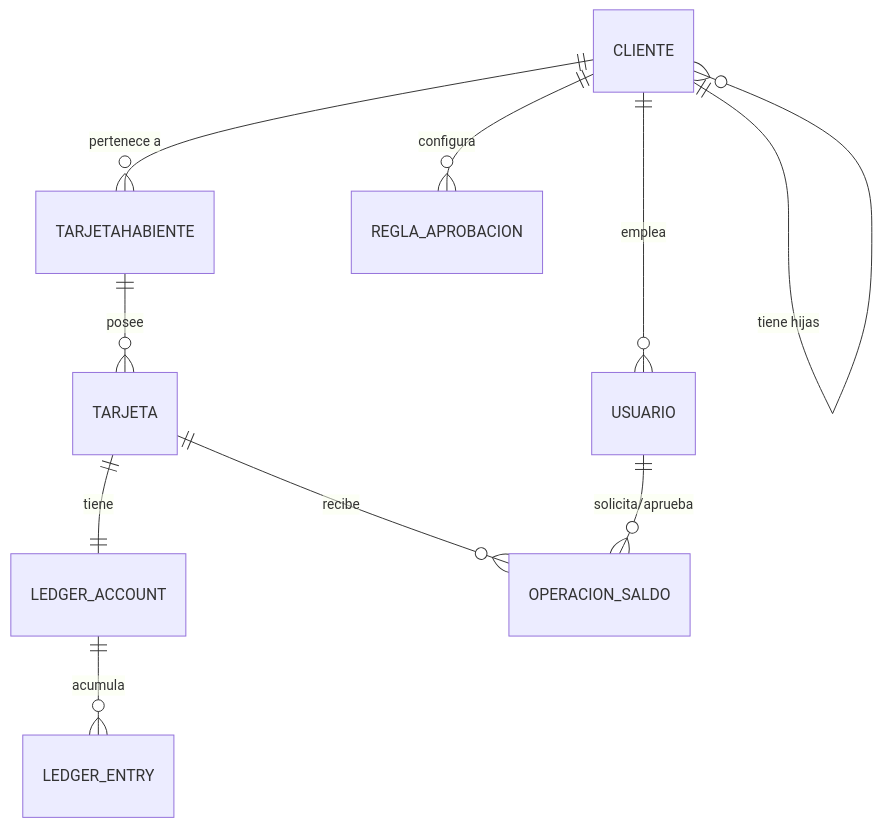
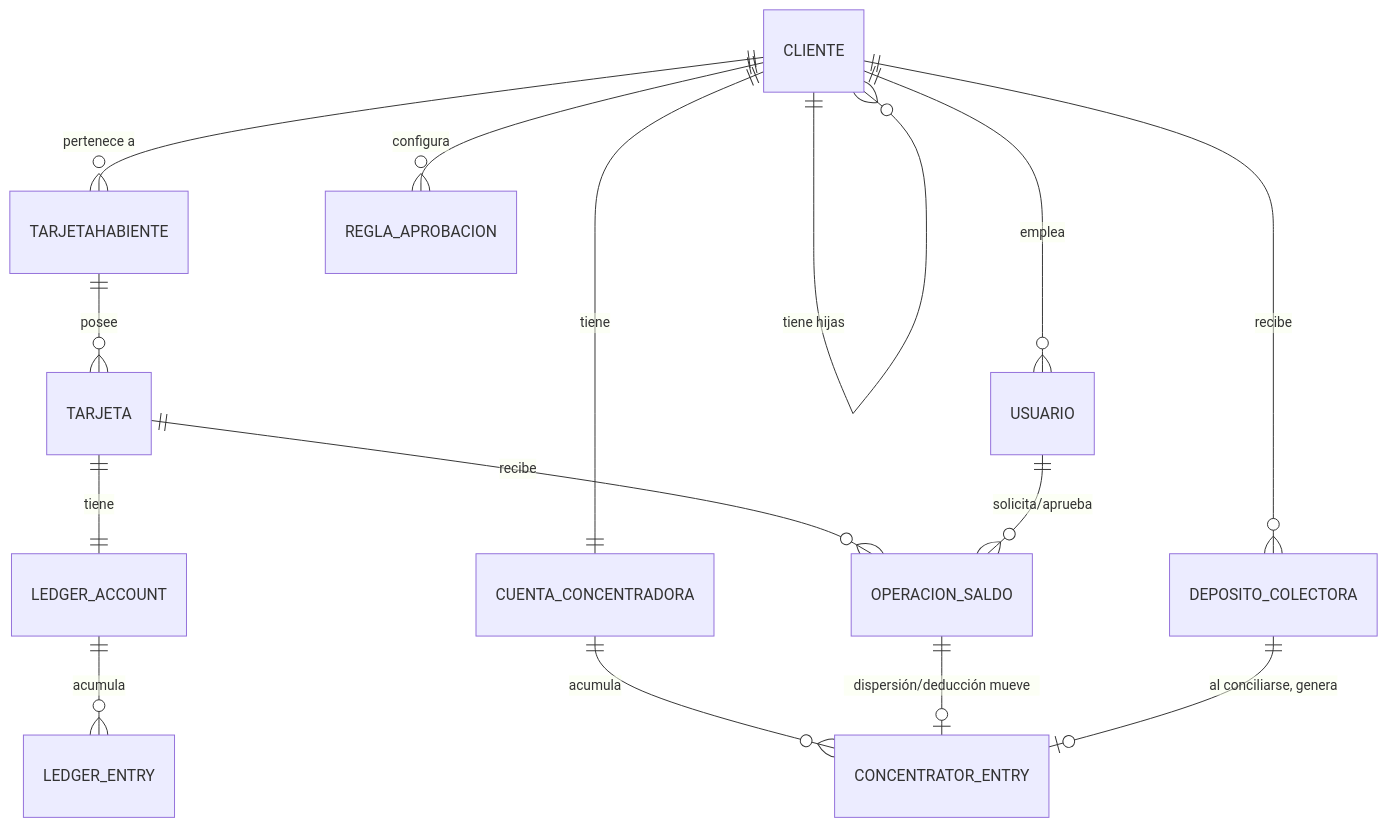
One commit to gsanvicente/kbm changed the diagram in docs/business/domain-model.md. Above: the diagram before and after it, drawn with Mermaid. The commit also changed other lines of this file and 39 other files, not shown here.

First line of the commit message:
Add Cuenta Concentradora/Colectora, Panel directivo, and Operaciones de saldo hub

````diff
--- a/docs/business/domain-model.md
+++ b/docs/business/domain-model.md
@@ -9,12 +9,17 @@
 ```mermaid
 erDiagram
     CLIENTE ||--o{ CLIENTE : "tiene hijas"
     CLIENTE ||--o{ TARJETAHABIENTE : "pertenece a"
     TARJETAHABIENTE ||--o{ TARJETA : "posee"
     TARJETA ||--|| LEDGER_ACCOUNT : "tiene"
     LEDGER_ACCOUNT ||--o{ LEDGER_ENTRY : "acumula"
     TARJETA ||--o{ OPERACION_SALDO : "recibe"
     CLIENTE ||--o{ REGLA_APROBACION : "configura"
     CLIENTE ||--o{ USUARIO : "emplea"
     USUARIO ||--o{ OPERACION_SALDO : "solicita/aprueba"
+    CLIENTE ||--|| CUENTA_CONCENTRADORA : "tiene"
+    CUENTA_CONCENTRADORA ||--o{ CONCENTRATOR_ENTRY : "acumula"
+    CLIENTE ||--o{ DEPOSITO_COLECTORA : "recibe"
+    OPERACION_SALDO ||--o| CONCENTRATOR_ENTRY : "dispersión/deducción mueve"
+    DEPOSITO_COLECTORA ||--o| CONCENTRATOR_ENTRY : "al conciliarse, genera"
 ```
````
